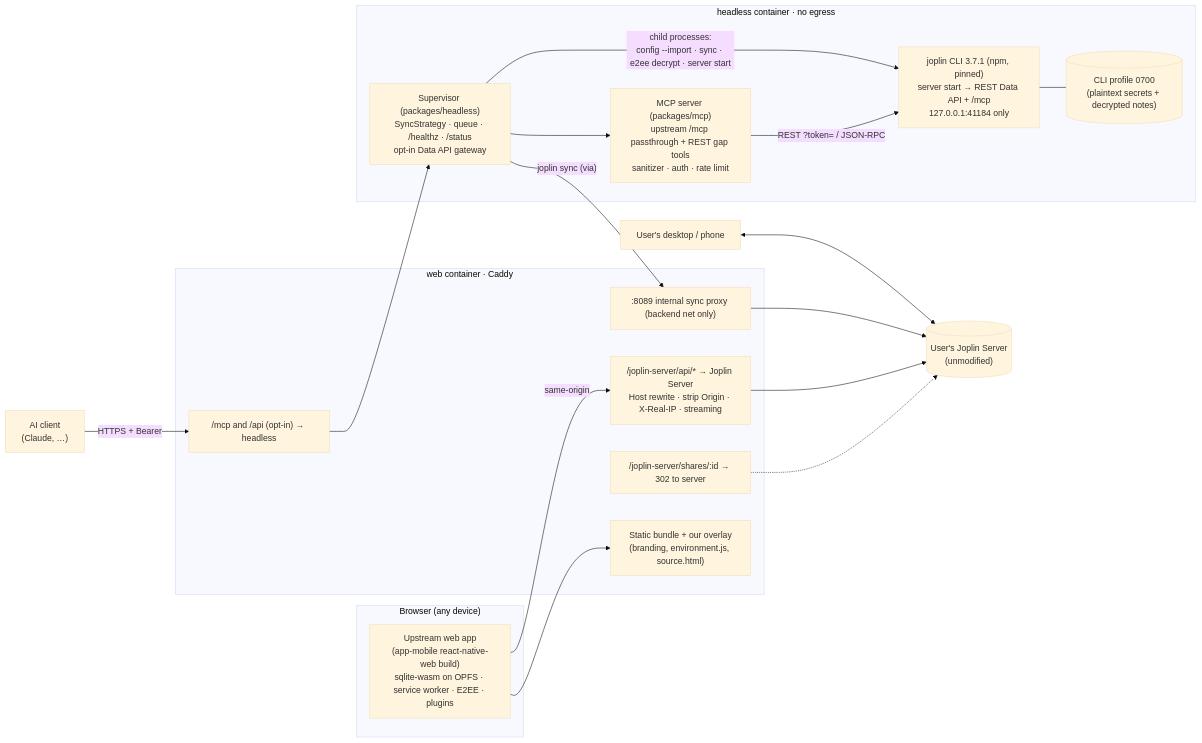
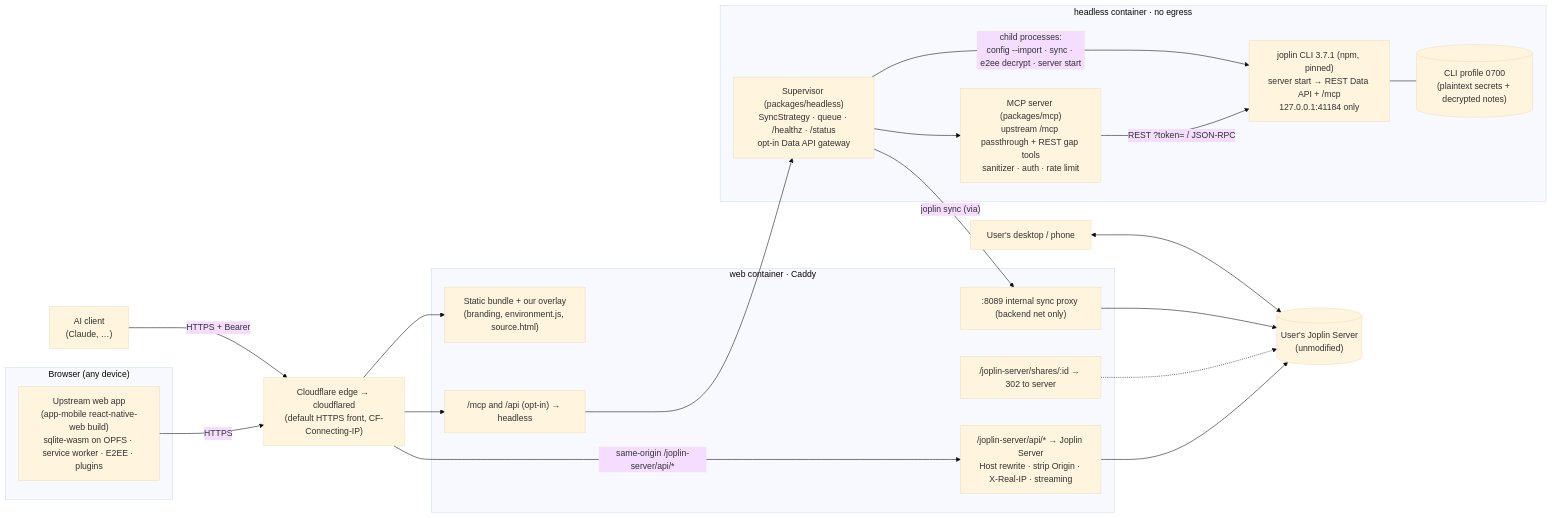
The first of 3 diagrams in docs/architecture/ARCHITECTURE.md (TheScriptingGuy/notestead), drawn with Mermaid (base theme) before and after one commit. The commit also changed other lines of this file and 19 other files, not shown here.

````diff
--- a/docs/architecture/ARCHITECTURE.md
+++ b/docs/architecture/ARCHITECTURE.md
@@ -40,31 +41,32 @@
 ```mermaid
 flowchart LR
   subgraph B["Browser (any device)"]
     UI["Upstream web app<br/>(app-mobile react-native-web build)<br/>sqlite-wasm on OPFS · service worker · E2EE · plugins"]
   end
   subgraph W["web container · Caddy"]
     ST["Static bundle + our overlay<br/>(branding, environment.js, source.html)"]
     PX["/joplin-server/api/* → Joplin Server<br/>Host rewrite · strip Origin · X-Real-IP · streaming"]
     SH["/joplin-server/shares/:id → 302 to server"]
     IP[":8089 internal sync proxy (backend net only)"]
     OPT["/mcp and /api (opt-in) → headless"]
   end
   subgraph H["headless container · no egress"]
     SUP["Supervisor (packages/headless)<br/>SyncStrategy · queue · /healthz · /status<br/>opt-in Data API gateway"]
     MCP["MCP server (packages/mcp)<br/>upstream /mcp passthrough + REST gap tools<br/>sanitizer · auth · rate limit"]
     CLI["joplin CLI 3.7.1 (npm, pinned)<br/>server start → REST Data API + /mcp<br/>127.0.0.1:41184 only"]
     P[("CLI profile 0700<br/>(plaintext secrets + decrypted notes)")]
   end
   JS[("User's Joplin Server<br/>(unmodified)")]
   AI["AI client<br/>(Claude, …)"]
   DEV["User's desktop / phone"]
-  UI --> ST
-  UI -- same-origin --> PX --> JS
+  CF["Cloudflare edge → cloudflared<br/>(default HTTPS front, CF-Connecting-IP)"]
+  UI -- HTTPS --> CF --> ST
+  CF -- "same-origin /joplin-server/api/*" --> PX --> JS
   SH -.-> JS
   SUP -- "joplin sync (via)" --> IP --> JS
-  AI -- "HTTPS + Bearer" --> OPT --> SUP
+  AI -- "HTTPS + Bearer" --> CF --> OPT --> SUP
   SUP --> MCP -- "REST ?token= / JSON-RPC" --> CLI
   SUP -- "child processes:<br/>config --import · sync · e2ee decrypt · server start" --> CLI
   CLI --- P
   DEV <--> JS
 ```
````
